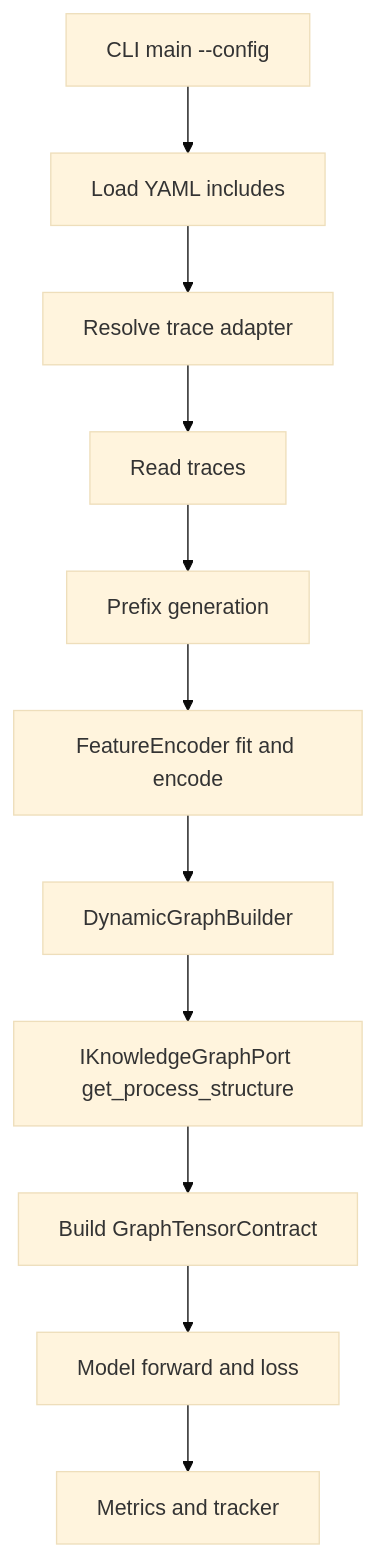
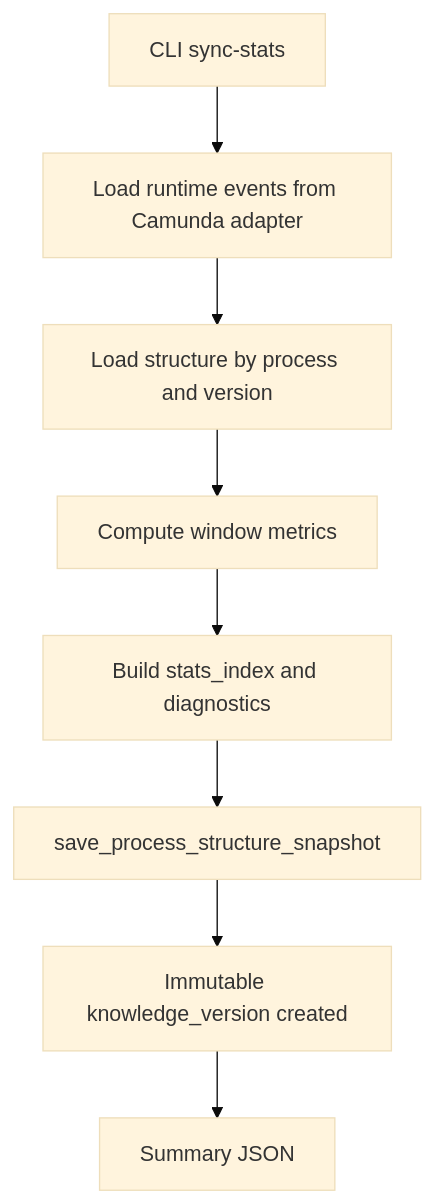
The third of 5 diagrams in docs/DATA_FLOWS_MVP2_5.MD (ghsrg/bpm_prediction), drawn with Mermaid (base theme) before and after one commit. The commit also changed other lines of this file and 21 other files, not shown here.

````diff
--- a/docs/DATA_FLOWS_MVP2_5.MD
+++ b/docs/DATA_FLOWS_MVP2_5.MD
@@ -33,13 +31,10 @@
 ```mermaid
 flowchart TD
-    C2[CLI main --config] --> L2[Load YAML includes]
-    L2 --> A2[Resolve trace adapter]
-    A2 --> R2[Read traces]
-    R2 --> P2[Prefix generation]
-    P2 --> E2[FeatureEncoder fit and encode]
-    E2 --> G2[DynamicGraphBuilder]
-    G2 --> K2[IKnowledgeGraphPort get_process_structure]
-    K2 --> M2[Build GraphTensorContract]
-    M2 --> D2[Model forward and loss]
-    D2 --> X2[Metrics and tracker]
+    C1[CLI sync-stats] --> C2[Load runtime events from Camunda adapter]
+    C2 --> C3[Load structure by process and version]
+    C3 --> C4[Compute window metrics]
+    C4 --> C5[Build stats_index and diagnostics]
+    C5 --> C6[save_process_structure_snapshot]
+    C6 --> C7[Immutable knowledge_version created]
+    C7 --> C8[Summary JSON]
 ```
````
